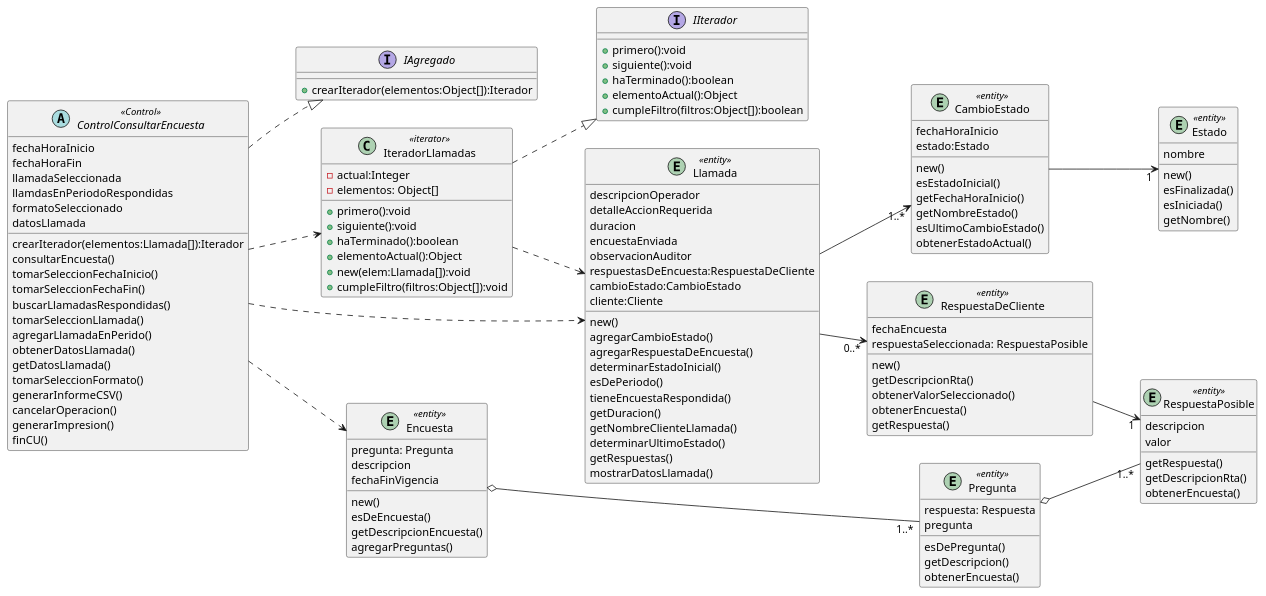
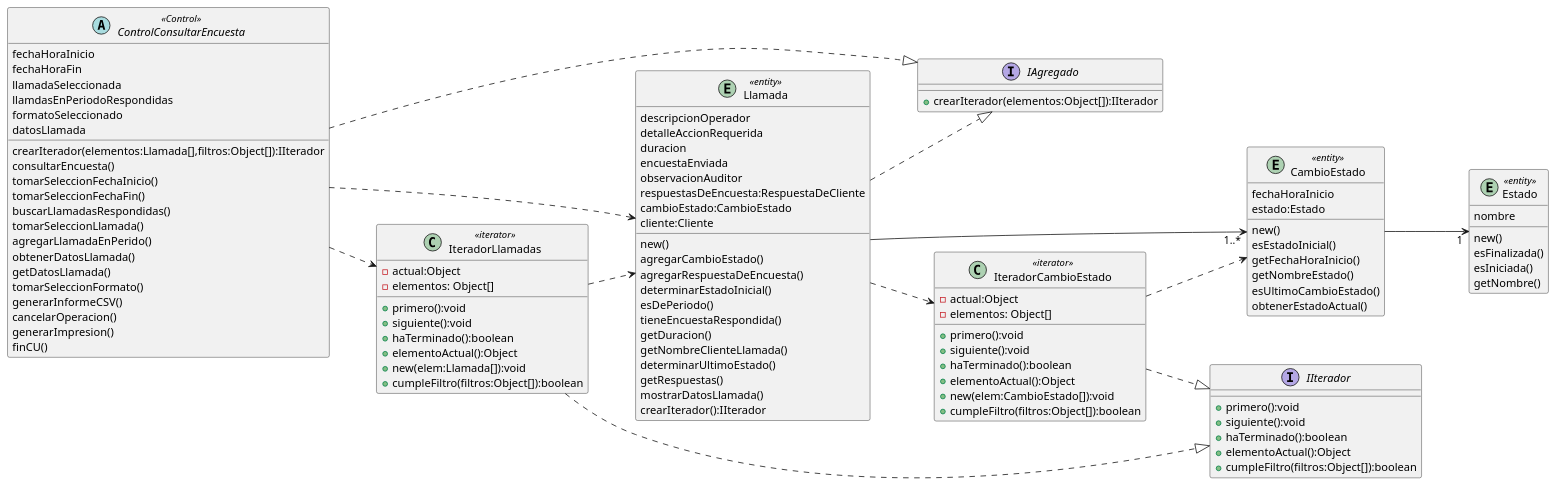
One commit to ReynaTeodoro/2023DSI changed the diagram in PPAI/entrega3/cu44 classDiagram.puml. Above: the diagram before and after it, drawn with PlantUML. The commit also changed 16 other files, not shown here.

```diff
--- a/PPAI/entrega3/cu44 classDiagram.puml
+++ b/PPAI/entrega3/cu44 classDiagram.puml
@@ -1,160 +1,126 @@
 @startuml
 left to right direction
+entity CambioEstado <<entity>>{
+fechaHoraInicio
+estado:Estado
+
+new()
+esEstadoInicial()
+getFechaHoraInicio()
+getNombreEstado()
+esUltimoCambioEstado()
+obtenerEstadoActual()
+}
+
+entity Estado <<entity>>{
+nombre
+
+new()
+esFinalizada()
+esIniciada()
+getNombre()
+}
 interface IAgregado{
-    + crearIterador(elementos:Object[]):Iterador
+    + crearIterador(elementos:Object[]):IIterador
 }
+
 interface IIterador{
     + primero():void
     + siguiente():void
     + haTerminado():boolean
     + elementoActual():Object
     + cumpleFiltro(filtros:Object[]):boolean
 }
 class IteradorLlamadas<<iterator>>{
-  - actual:Integer
+  - actual:Object
   - elementos: Object[]
 
   + primero():void
   + siguiente():void
   + haTerminado():boolean
   + elementoActual():Object
   + new(elem:Llamada[]):void
-  + cumpleFiltro(filtros:Object[]):void
+  + cumpleFiltro(filtros:Object[]):boolean
 }
-IteradorLlamadas ..|> IIterador
-ControlConsultarEncuesta ..|> IAgregado
-ControlConsultarEncuesta ..> IteradorLlamadas
+
+class IteradorCambioEstado<<iterator>>{
+  - actual:Object
+  - elementos: Object[]
+
+  + primero():void
+  + siguiente():void
+  + haTerminado():boolean
+  + elementoActual():Object
+  + new(elem:CambioEstado[]):void
+  + cumpleFiltro(filtros:Object[]):boolean
+}
 
 
 entity Llamada <<entity>> {
 descripcionOperador
 detalleAccionRequerida
 duracion
 encuestaEnviada
 observacionAuditor
 respuestasDeEncuesta:RespuestaDeCliente
 cambioEstado:CambioEstado
 cliente:Cliente
 
 new()
 agregarCambioEstado()
 agregarRespuestaDeEncuesta()
 determinarEstadoInicial()
 esDePeriodo()
 tieneEncuestaRespondida()
 getDuracion()
 getNombreClienteLlamada()
 determinarUltimoEstado()
 getRespuestas()
 mostrarDatosLlamada()
-
+crearIterador():IIterador
 }
-
-entity RespuestaDeCliente <<entity>>{
-fechaEncuesta
-respuestaSeleccionada: RespuestaPosible
-
-new()
-getDescripcionRta()
-obtenerValorSeleccionado()
-obtenerEncuesta()
-getRespuesta()
-}
-
-entity RespuestaPosible <<entity>>{
-descripcion
-valor
-getRespuesta()
-getDescripcionRta()
-obtenerEncuesta()
-}
-
-entity Pregunta<<entity>>{
-respuesta: Respuesta
-pregunta
-
-esDePregunta()
-getDescripcion()
-obtenerEncuesta()
-}
-
-entity Encuesta<<entity>>{
-pregunta: Pregunta
-descripcion
-fechaFinVigencia
-
-new()
-esDeEncuesta()
-getDescripcionEncuesta()
-agregarPreguntas()
-}
-
-entity CambioEstado <<entity>>{
-fechaHoraInicio
-estado:Estado
-
-new()
-esEstadoInicial()
-getFechaHoraInicio()
-getNombreEstado()
-esUltimoCambioEstado()
-obtenerEstadoActual()
-}
-
-entity Estado <<entity>>{
-nombre
-
-new()
-esFinalizada()
-esIniciada()
-getNombre()
-}
-
-
-
 
 
 
 abstract ControlConsultarEncuesta<<Control>>{
 fechaHoraInicio
 fechaHoraFin
 llamadaSeleccionada
 llamdasEnPeriodoRespondidas
 formatoSeleccionado
 datosLlamada
 
-crearIterador(elementos:Llamada[]):Iterador
+crearIterador(elementos:Llamada[],filtros:Object[]):IIterador
 consultarEncuesta()
 tomarSeleccionFechaInicio()
 tomarSeleccionFechaFin()
 buscarLlamadasRespondidas()
 tomarSeleccionLlamada()
 agregarLlamadaEnPerido()
 obtenerDatosLlamada()
 getDatosLlamada()
 tomarSeleccionFormato()
 generarInformeCSV()
 cancelarOperacion()
 generarImpresion()
 finCU()
 }
-
+CambioEstado-->"1"Estado
 IteradorLlamadas ..> Llamada
-
-Llamada -->"0..*" RespuestaDeCliente
-RespuestaDeCliente -->"1" RespuestaPosible
-Encuesta o--"1..*" Pregunta 
-Pregunta o--"1..*" RespuestaPosible
-
+IteradorCambioEstado ..> CambioEstado
 Llamada -->"1..*"CambioEstado
-CambioEstado-->"1"Estado
 
 
 
-
+IteradorLlamadas ..|> IIterador
+IteradorCambioEstado ..|> IIterador
+ControlConsultarEncuesta ..|> IAgregado
+Llamada ..|> IAgregado
+ControlConsultarEncuesta ..> IteradorLlamadas
+Llamada ..> IteradorCambioEstado
 
 ControlConsultarEncuesta ..> Llamada
-ControlConsultarEncuesta ..> Encuesta
+
 
 
 @enduml
```
